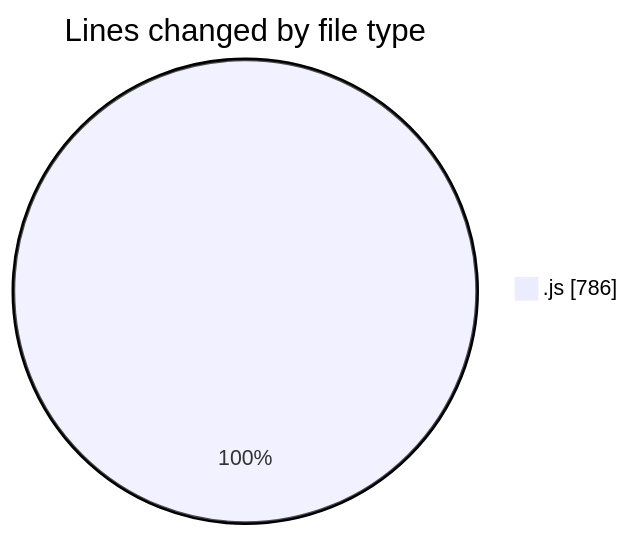
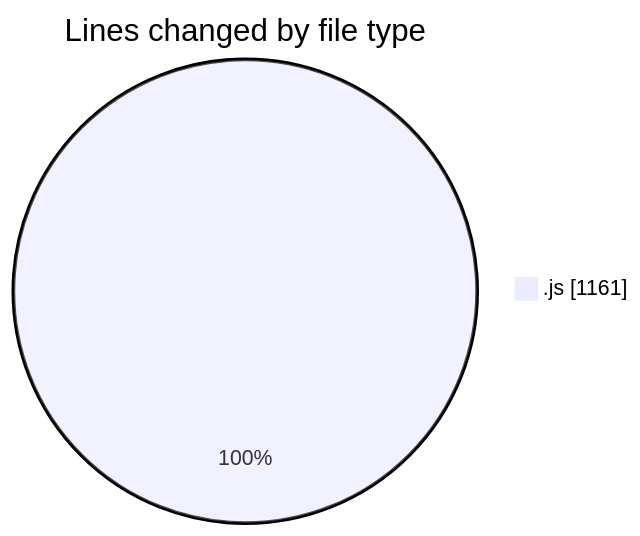
Before and after one commit to nxtqubesakshisongat/code-tracking: the first of 2 diagrams in 2025-10-15/nxtqube_webapp/README.md, drawn with Mermaid. The commit also changed other lines of this file and 1 other file, not shown here.

````diff
--- a/2025-10-15/nxtqube_webapp/README.md
+++ b/2025-10-15/nxtqube_webapp/README.md
@@ -20,5 +20,5 @@
 ```mermaid
 pie showData
 title Lines changed by file type
-".js" : 786
+".js" : 1161
 ```
````
